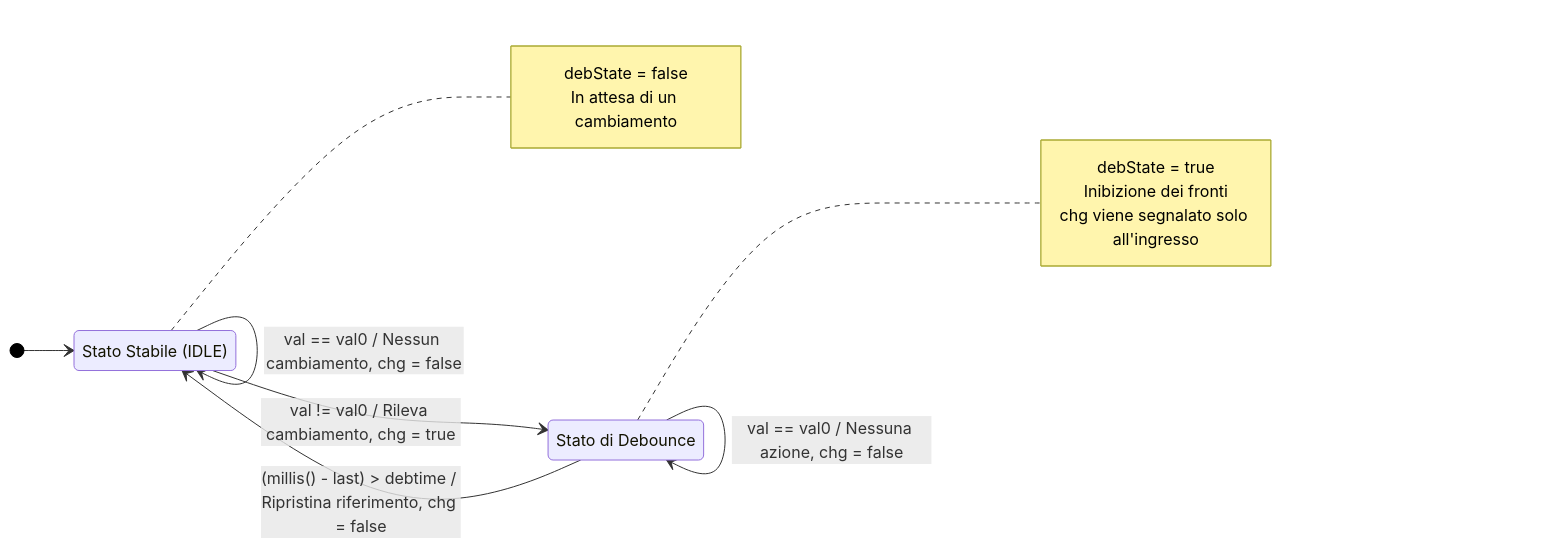
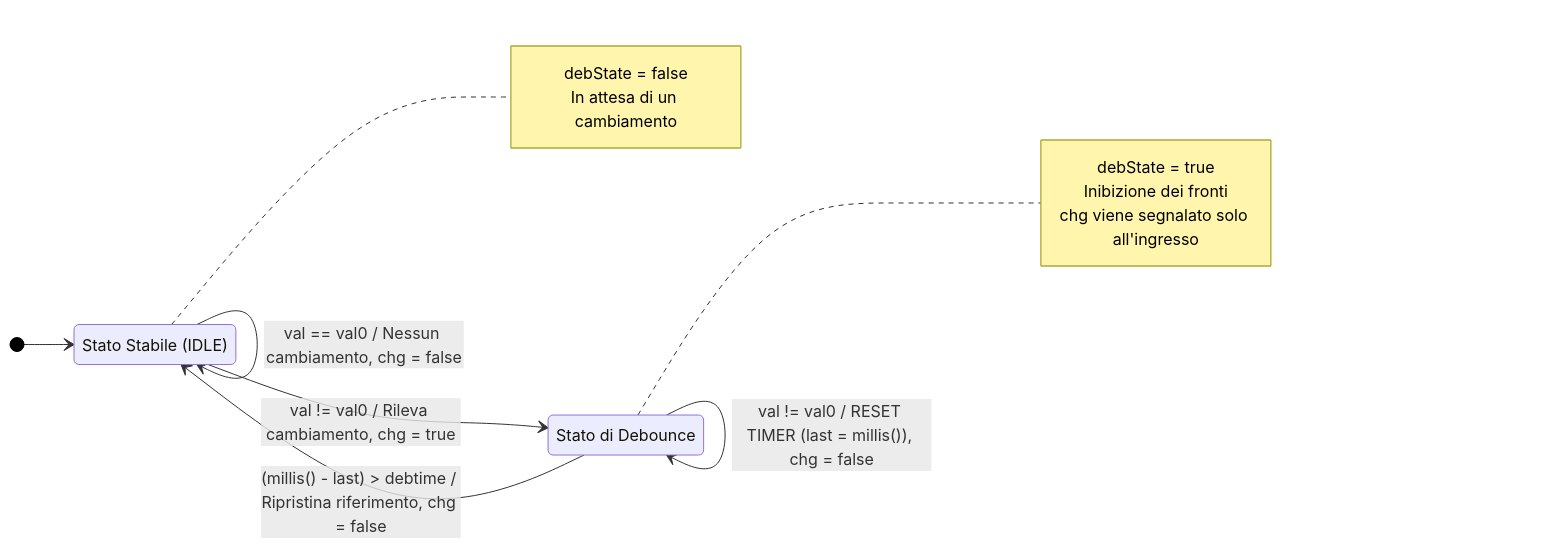
One commit to sebastianomelita/ArduinoBareMetal changed the diagram in debouncerFSM.md. Above: the diagram before and after it, drawn with Mermaid.

````diff
--- a/debouncerFSM.md
+++ b/debouncerFSM.md
@@ -133,28 +133,31 @@
 ```mermaid
 %%{init: {'theme': 'default', 'themeVariables': { 'primaryColor': '#ffffff', 'primaryTextColor': '#000000', 'primaryBorderColor': '#000000', 'lineColor': '#000000', 'secondaryColor': '#f4f4f4', 'tertiaryColor': '#ffffff' }}}%%
 stateDiagram-v2
     direction LR
     
     IDLE: Stato Stabile (IDLE)
     DEBOUNCE: Stato di Debounce
     
     note right of IDLE
         debState = false
         In attesa di un cambiamento
     end note
     
     note right of DEBOUNCE
         debState = true
         Inibizione dei fronti
         chg viene segnalato solo all'ingresso
     end note
     
     [*] --> IDLE
     
     IDLE --> IDLE: val == val0 / Nessun cambiamento, chg = false
     IDLE --> DEBOUNCE: val != val0 / Rileva cambiamento, chg = true
     
-    DEBOUNCE --> DEBOUNCE: val != val0 / Reset timer (last = millis()), chg = false
     DEBOUNCE --> DEBOUNCE: val == val0 / Nessuna azione, chg = false
+    
+    %% Transizione di reset con enfasi
+    DEBOUNCE --> DEBOUNCE: val != val0 / RESET TIMER (last = millis()), chg = false
+    
     DEBOUNCE --> IDLE: (millis() - last) > debtime / Ripristina riferimento, chg = false
 ```
````
